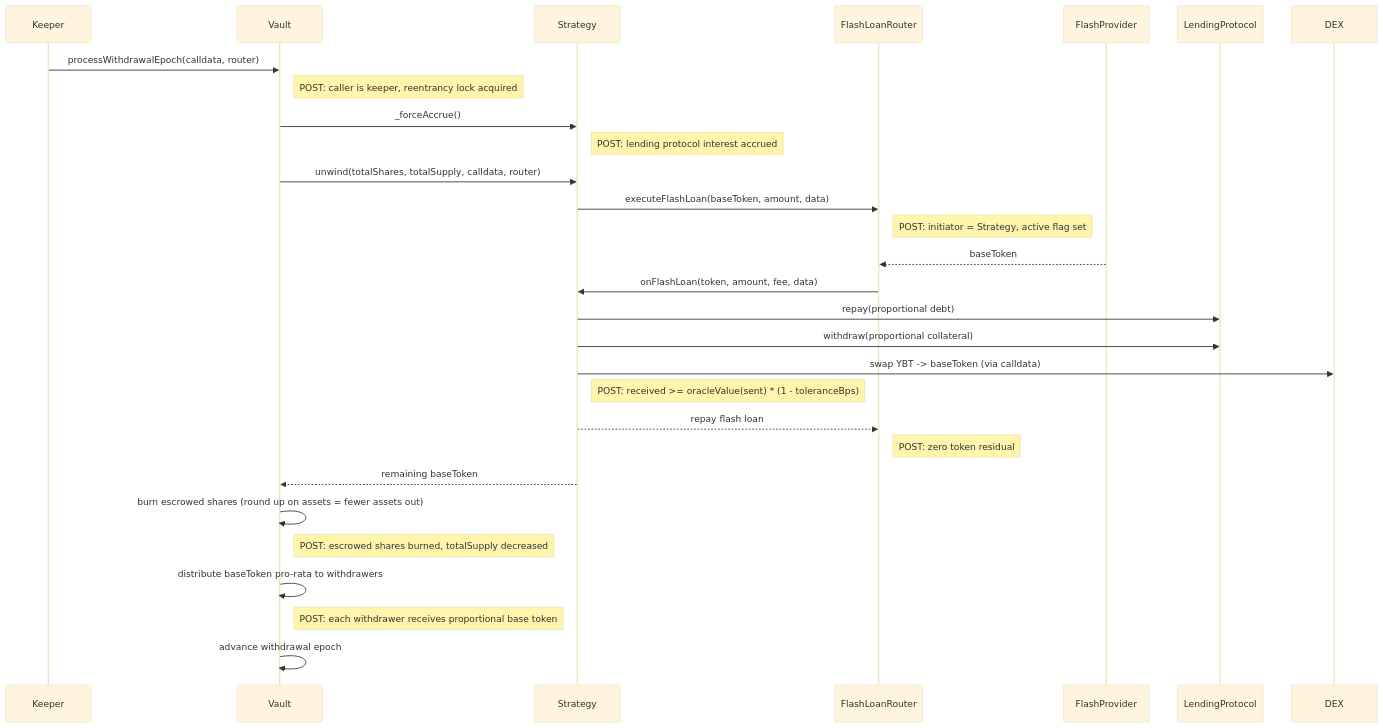
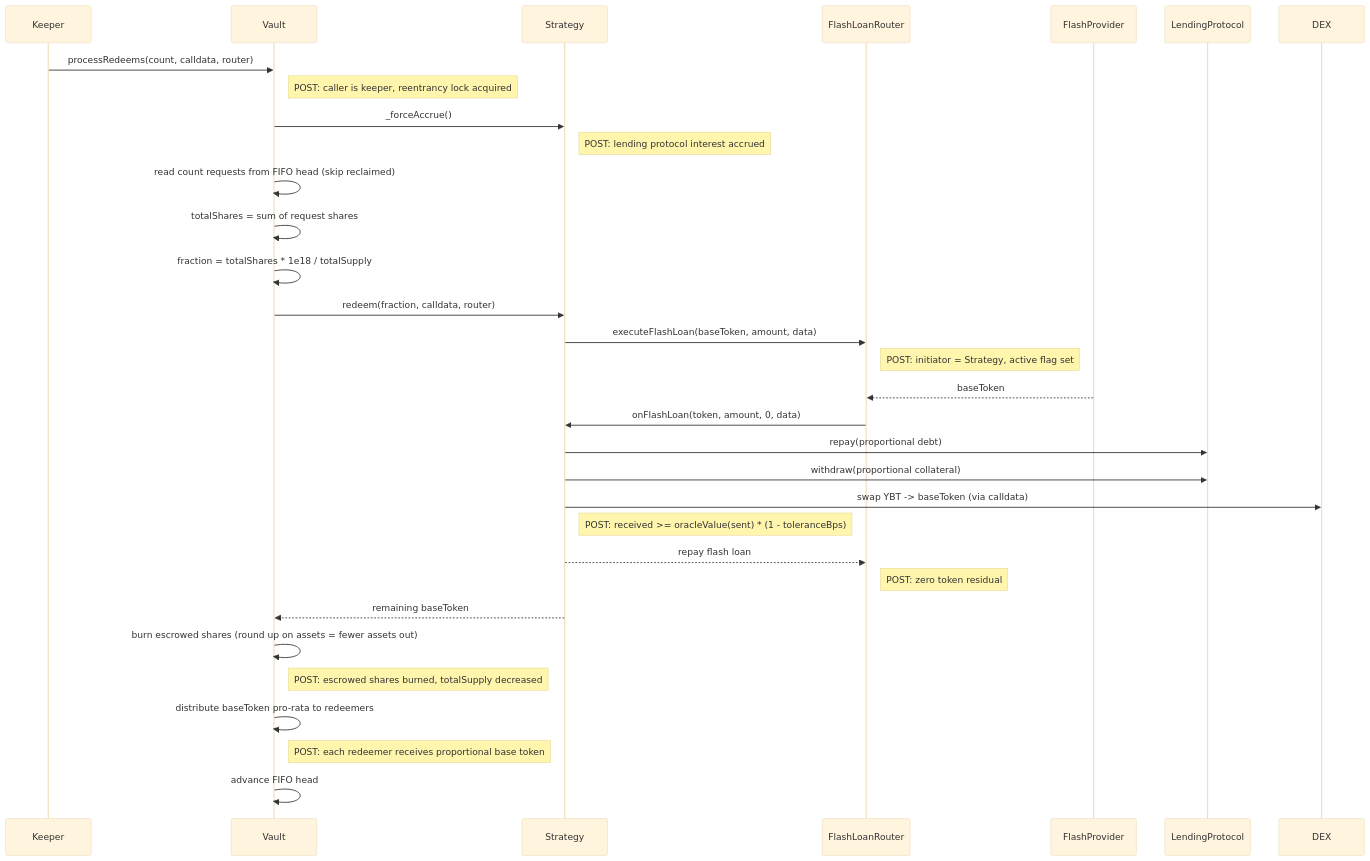
Before and after one commit to evgenynacu/leverage-vaults: the fifth of 17 diagrams in docs/architecture/call-diagrams.md, drawn with Mermaid (base theme). The commit also changed other lines of this file and 10 other files, not shown here.

Commit message:
fix: naming conventions, swap calldata, partial epoch processing etc

````diff
--- a/docs/architecture/call-diagrams.md
+++ b/docs/architecture/call-diagrams.md
@@ -75,24 +79,27 @@
 ```mermaid
 sequenceDiagram
-    Keeper->>Vault: processWithdrawalEpoch(calldata, router)
+    Keeper->>Vault: processRedeems(count, calldata, router)
     note right of Vault: POST: caller is keeper, reentrancy lock acquired
     Vault->>Strategy: _forceAccrue()
     note right of Strategy: POST: lending protocol interest accrued
-    Vault->>Strategy: unwind(totalShares, totalSupply, calldata, router)
+    Vault->>Vault: read count requests from FIFO head (skip reclaimed)
+    Vault->>Vault: totalShares = sum of request shares
+    Vault->>Vault: fraction = totalShares * 1e18 / totalSupply
+    Vault->>Strategy: redeem(fraction, calldata, router)
     Strategy->>FlashLoanRouter: executeFlashLoan(baseToken, amount, data)
     note right of FlashLoanRouter: POST: initiator = Strategy, active flag set
     FlashProvider-->>FlashLoanRouter: baseToken
-    FlashLoanRouter->>Strategy: onFlashLoan(token, amount, fee, data)
+    FlashLoanRouter->>Strategy: onFlashLoan(token, amount, 0, data)
     Strategy->>LendingProtocol: repay(proportional debt)
     Strategy->>LendingProtocol: withdraw(proportional collateral)
     Strategy->>DEX: swap YBT -> baseToken (via calldata)
     note right of Strategy: POST: received >= oracleValue(sent) * (1 - toleranceBps)
     Strategy-->>FlashLoanRouter: repay flash loan
     note right of FlashLoanRouter: POST: zero token residual
     Strategy-->>Vault: remaining baseToken
     Vault->>Vault: burn escrowed shares (round up on assets = fewer assets out)
     note right of Vault: POST: escrowed shares burned, totalSupply decreased
-    Vault->>Vault: distribute baseToken pro-rata to withdrawers
-    note right of Vault: POST: each withdrawer receives proportional base token
-    Vault->>Vault: advance withdrawal epoch
+    Vault->>Vault: distribute baseToken pro-rata to redeemers
+    note right of Vault: POST: each redeemer receives proportional base token
+    Vault->>Vault: advance FIFO head
 ```
````
